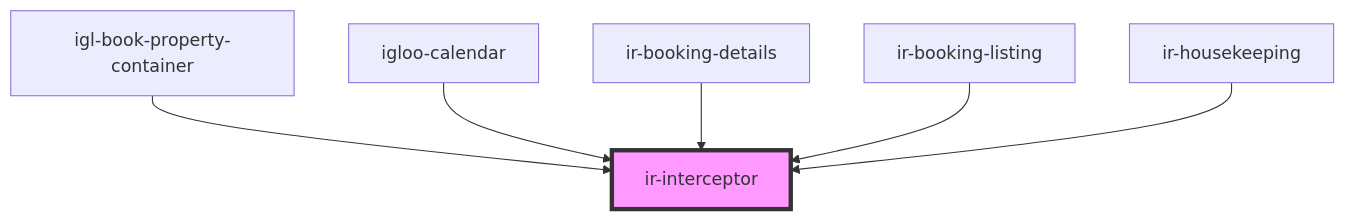
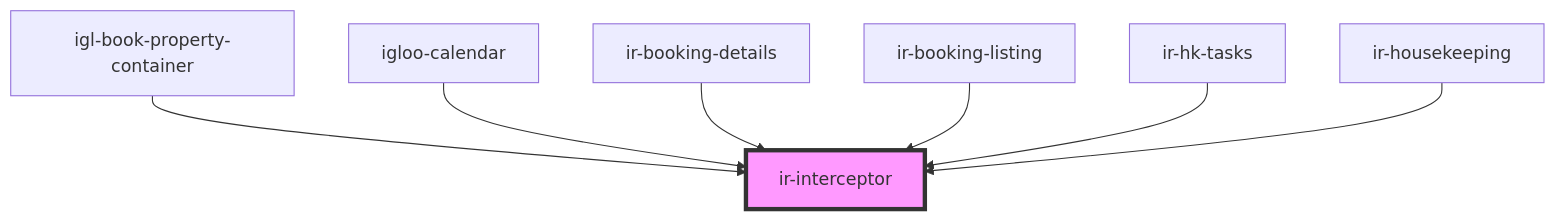
The diagram in src/components/ir-interceptor/readme.md (David1Chowaifaty/modified-ir-webcmp), drawn with Mermaid before and after one commit. The commit also changed other lines of this file and 16 other files, not shown here.

````diff
--- a/src/components/ir-interceptor/readme.md
+++ b/src/components/ir-interceptor/readme.md
@@ -33,9 +34,10 @@
 ```mermaid
 graph TD;
   igl-book-property-container --> ir-interceptor
   igloo-calendar --> ir-interceptor
   ir-booking-details --> ir-interceptor
   ir-booking-listing --> ir-interceptor
+  ir-hk-tasks --> ir-interceptor
   ir-housekeeping --> ir-interceptor
   style ir-interceptor fill:#f9f,stroke:#333,stroke-width:4px
 ```
````
